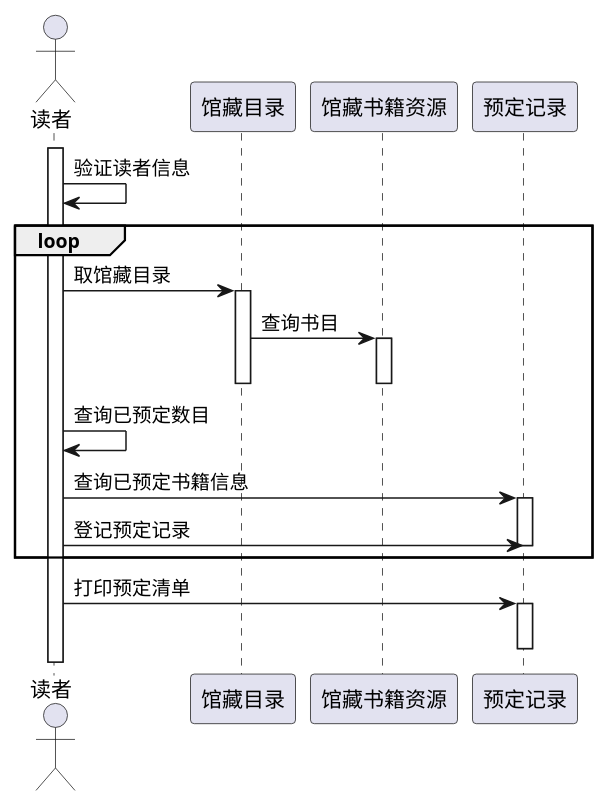
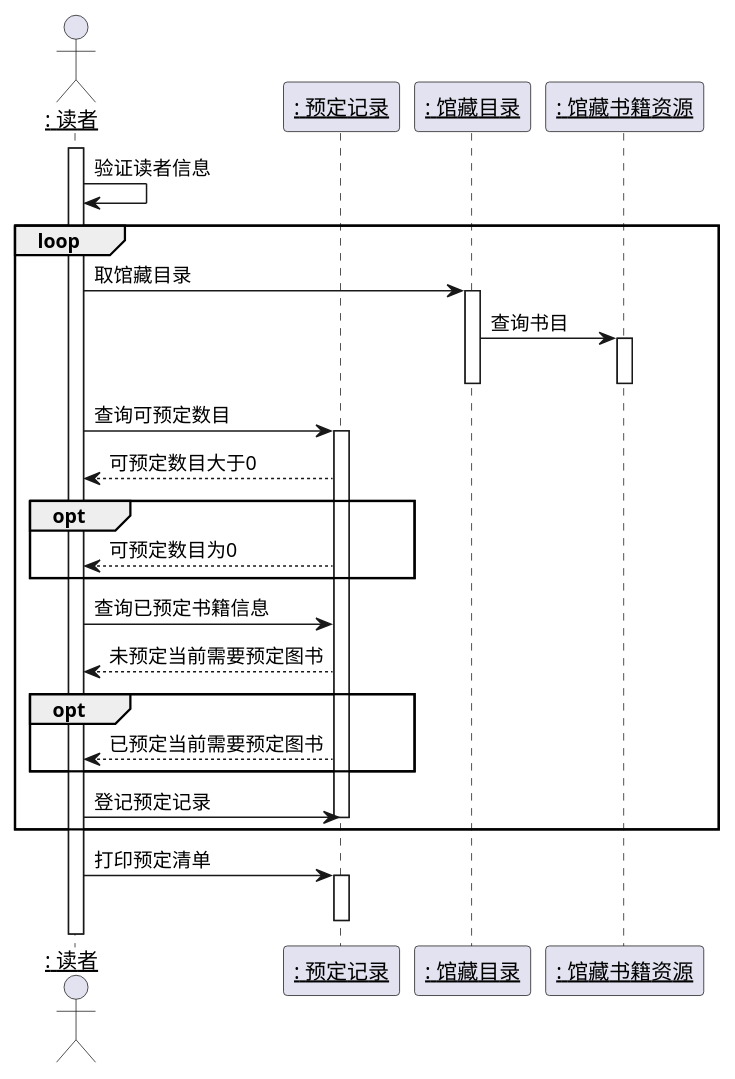
Before and after one commit to 915936476/is_analysis-3: the diagram in test4/预定图书.puml, drawn with PlantUML. The commit also changed 14 other files, not shown here.

```diff
--- a/test4/预定图书.puml
+++ b/test4/预定图书.puml
@@ -1,21 +1,33 @@
 @startuml
-actor 读者
+actor ": 读者" as 读者
+participant ": 预定记录" as 预定记录
+participant ": 馆藏目录" as 馆藏目录
+participant ": 馆藏书籍资源" as 馆藏书籍资源
+skinparam sequenceParticipant underline
 activate 读者
 读者->读者:验证读者信息
 loop
 读者->馆藏目录:取馆藏目录
 activate 馆藏目录
 馆藏目录->馆藏书籍资源:查询书目
 activate 馆藏书籍资源
 deactivate 馆藏书籍资源
 deactivate 馆藏目录
-读者->读者:查询已预定数目
+读者->预定记录:查询可预定数目
+activate 预定记录
+预定记录-->读者:可预定数目大于0
+opt
+预定记录-->读者:可预定数目为0
+end
 读者->预定记录:查询已预定书籍信息
-activate 预定记录
+预定记录-->读者:未预定当前需要预定图书
+opt
+预定记录-->读者:已预定当前需要预定图书
+end
 读者->预定记录:登记预定记录
 deactivate 预定记录
 end
 读者->预定记录:打印预定清单
 activate 预定记录
 deactivate 预定记录
 @enduml
```
